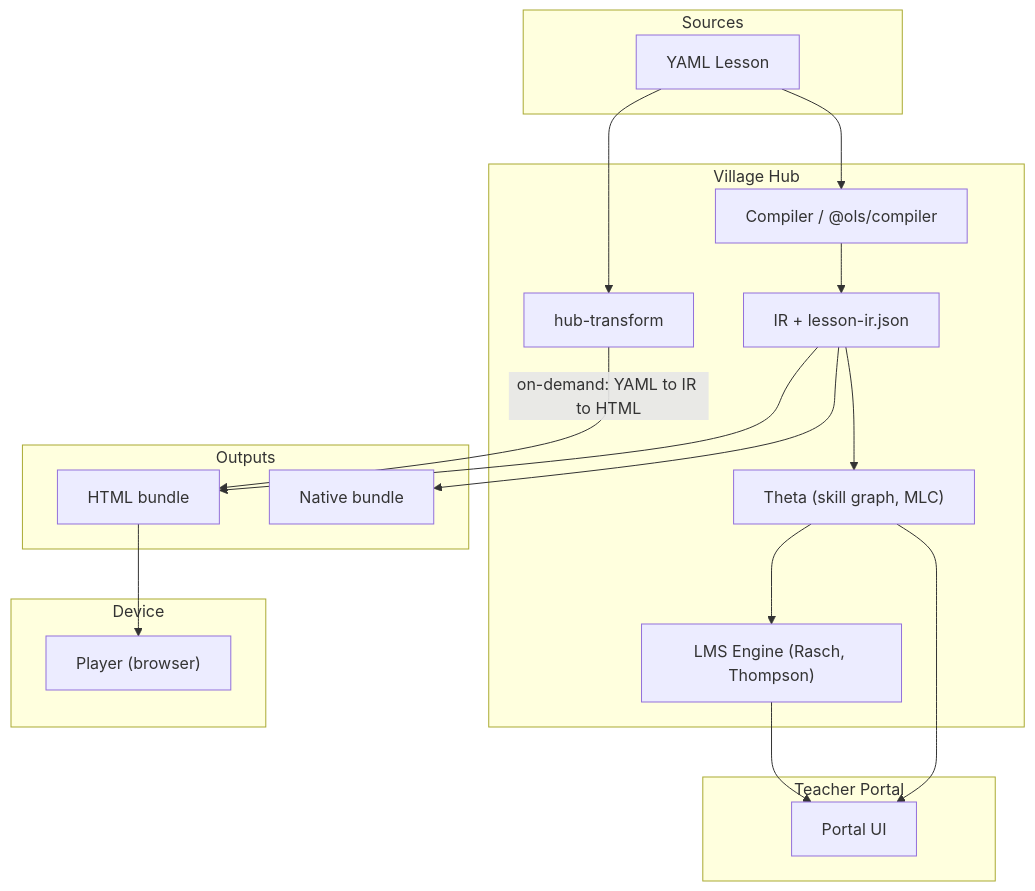
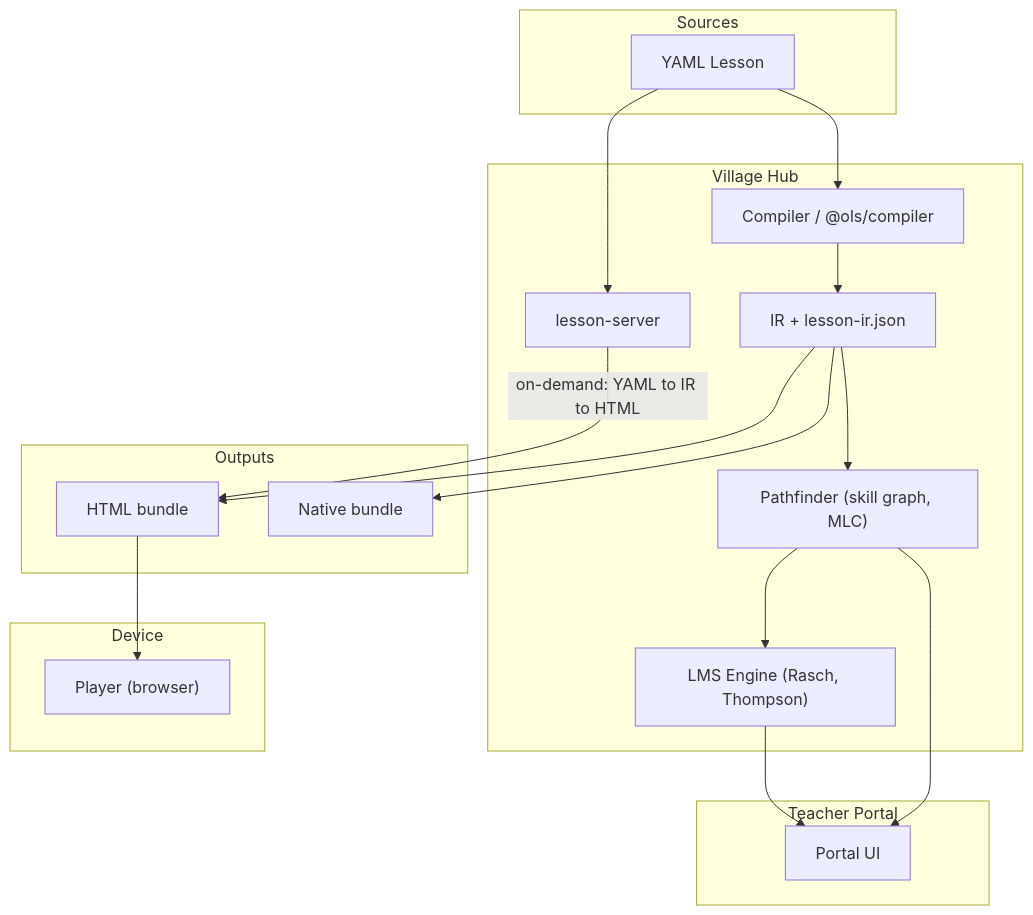
Before and after one commit to NewmanB1/AGNI: the diagram in docs/ARCHITECTURE.md, drawn with Mermaid. The commit also changed other lines of this file and 3 other files, not shown here.

````diff
--- a/docs/ARCHITECTURE.md
+++ b/docs/ARCHITECTURE.md
@@ -22,39 +22,39 @@
 ```mermaid
 flowchart TB
     subgraph Sources
         YAML["YAML Lesson"]
     end
 
     subgraph Hub["Village Hub"]
         Compiler["Compiler / @ols/compiler"]
         IR["IR + lesson-ir.json"]
-        Theta["Theta (skill graph, MLC)"]
+        Pathfinder["Pathfinder (skill graph, MLC)"]
         LMS["LMS Engine (Rasch, Thompson)"]
-        HT[hub-transform]
+        LS[lesson-server]
     end
 
     subgraph Outputs
         HTML["HTML bundle"]
         Native["Native bundle"]
     end
 
     subgraph Device
         Player["Player (browser)"]
     end
 
     subgraph Portal["Teacher Portal"]
         PortalUI["Portal UI"]
     end
 
     YAML --> Compiler
     Compiler --> IR
     IR --> HTML
     IR --> Native
-    IR --> Theta
-    Theta --> LMS
-    YAML --> HT
-    HT -->|"on-demand: YAML to IR to HTML"| HTML
+    IR --> Pathfinder
+    Pathfinder --> LMS
+    YAML --> LS
+    LS -->|"on-demand: YAML to IR to HTML"| HTML
     HTML --> Player
-    Theta --> PortalUI
+    Pathfinder --> PortalUI
     LMS --> PortalUI
 ```
````
